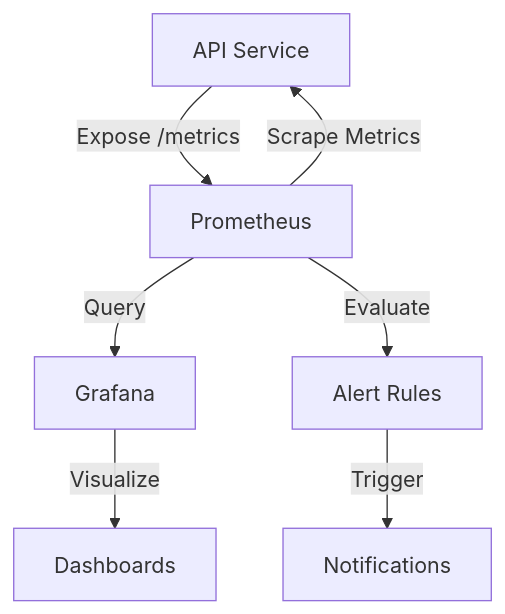
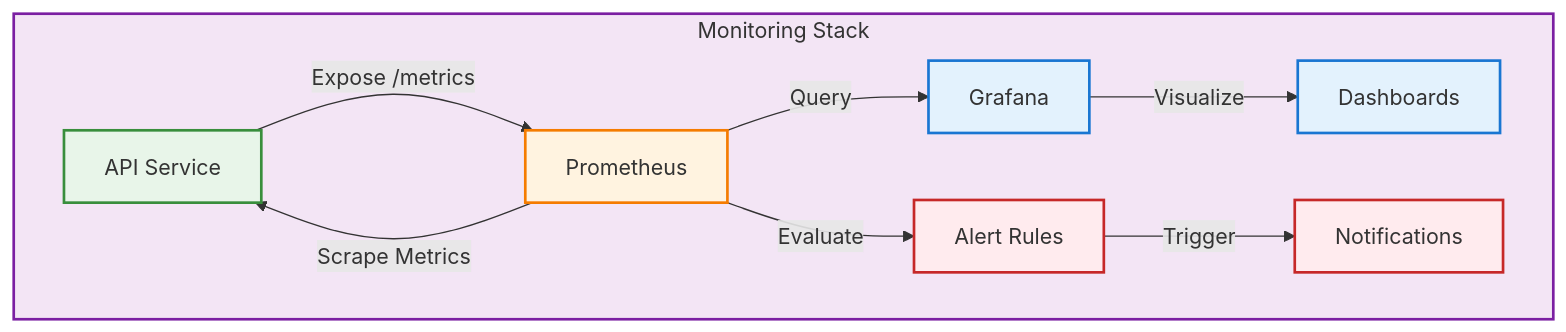
One commit to 2024aa05820/heart-disease-mlops changed the ninth of 9 diagrams in README.md. Above: the diagram before and after it, drawn with Mermaid. The commit also changed other lines of this file and 1 other file, not shown here.

First line of the commit message:
Update Mermaid diagrams to top-to-bottom with color styling and configure Jenkins for PR merge

````diff
--- a/README.md
+++ b/README.md
@@ -627,9 +694,19 @@
 ```mermaid
 graph TB
-    API[API Service] -->|Expose /metrics| PROM[Prometheus]
-    PROM -->|Scrape Metrics| API
-    PROM -->|Query| GRAF[Grafana]
-    GRAF -->|Visualize| DASH[Dashboards]
-    PROM -->|Evaluate| ALERT[Alert Rules]
-    ALERT -->|Trigger| NOTIFY[Notifications]
+    subgraph MON_STACK["Monitoring Stack"]
+        API["API Service"] -->|Expose /metrics| PROM["Prometheus"]
+        PROM -->|Scrape Metrics| API
+        PROM -->|Query| GRAF["Grafana"]
+        GRAF -->|Visualize| DASH["Dashboards"]
+        PROM -->|Evaluate| ALERT["Alert Rules"]
+        ALERT -->|Trigger| NOTIFY["Notifications"]
+    end
+    
+    style MON_STACK fill:#f3e5f5,stroke:#7b1fa2,stroke-width:2px
+    style API fill:#e8f5e9,stroke:#388e3c,stroke-width:2px
+    style PROM fill:#fff3e0,stroke:#f57c00,stroke-width:2px
+    style GRAF fill:#e3f2fd,stroke:#1976d2,stroke-width:2px
+    style DASH fill:#e3f2fd,stroke:#1976d2,stroke-width:2px
+    style ALERT fill:#ffebee,stroke:#c62828,stroke-width:2px
+    style NOTIFY fill:#ffebee,stroke:#c62828,stroke-width:2px
 ```
````
